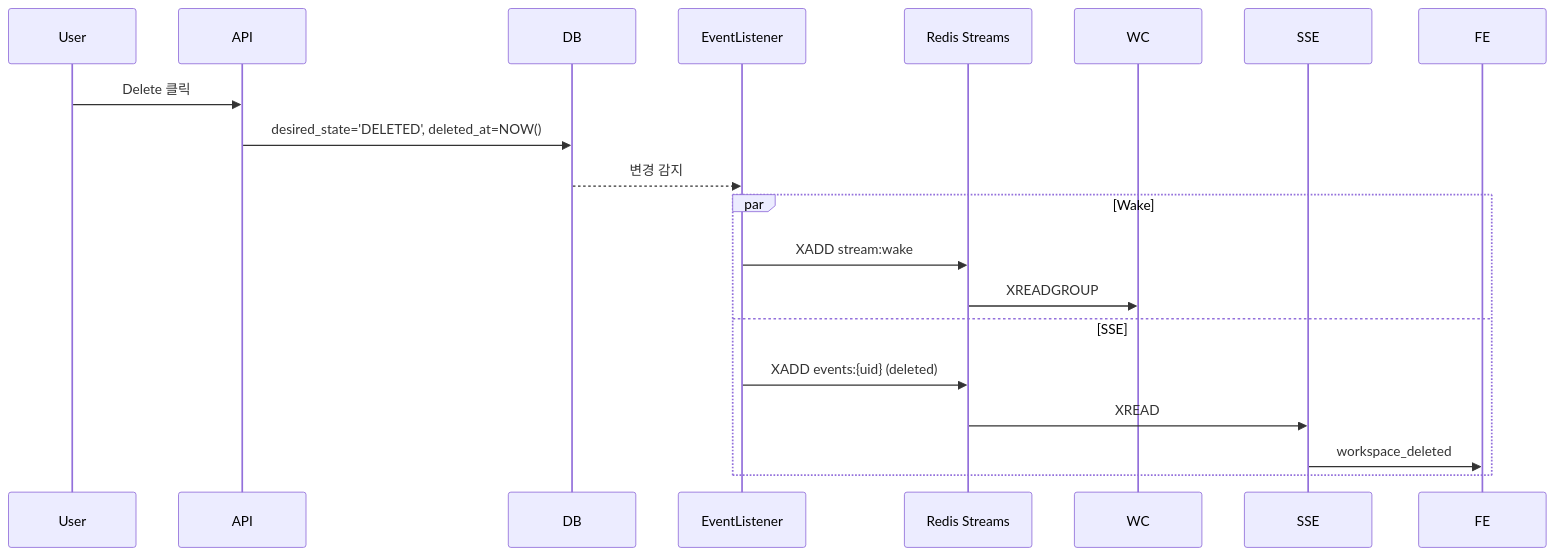
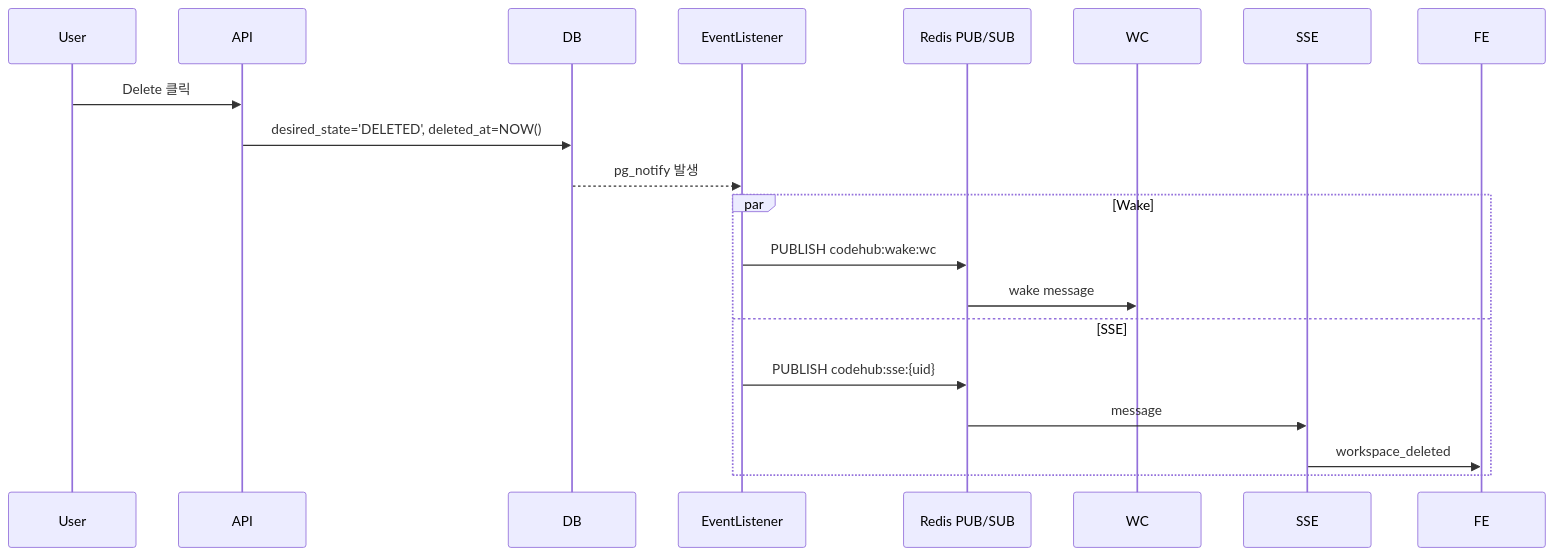
Before and after one commit to cagojeiger/code-hub: the fourth of 4 diagrams in docs/architecture/event-listener.md, drawn with Mermaid. The commit also changed other lines of this file and 12 other files, not shown here.

````diff
--- a/docs/architecture/event-listener.md
+++ b/docs/architecture/event-listener.md
@@ -194,24 +238,24 @@
 ```mermaid
 sequenceDiagram
     participant User
     participant API
     participant DB
     participant EL as EventListener
-    participant Redis as Redis Streams
+    participant Redis as Redis PUB/SUB
     participant WC
     participant SSE
     participant FE
 
     User->>API: Delete 클릭
     API->>DB: desired_state='DELETED', deleted_at=NOW()
-    DB-->>EL: 변경 감지
+    DB-->>EL: pg_notify 발생
 
     par Wake
-        EL->>Redis: XADD stream:wake
-        Redis->>WC: XREADGROUP
+        EL->>Redis: PUBLISH codehub:wake:wc
+        Redis->>WC: wake message
     and SSE
-        EL->>Redis: XADD events:{uid} (deleted)
-        Redis->>SSE: XREAD
+        EL->>Redis: PUBLISH codehub:sse:{uid}
+        Redis->>SSE: message
         SSE->>FE: workspace_deleted
     end
 ```
````
